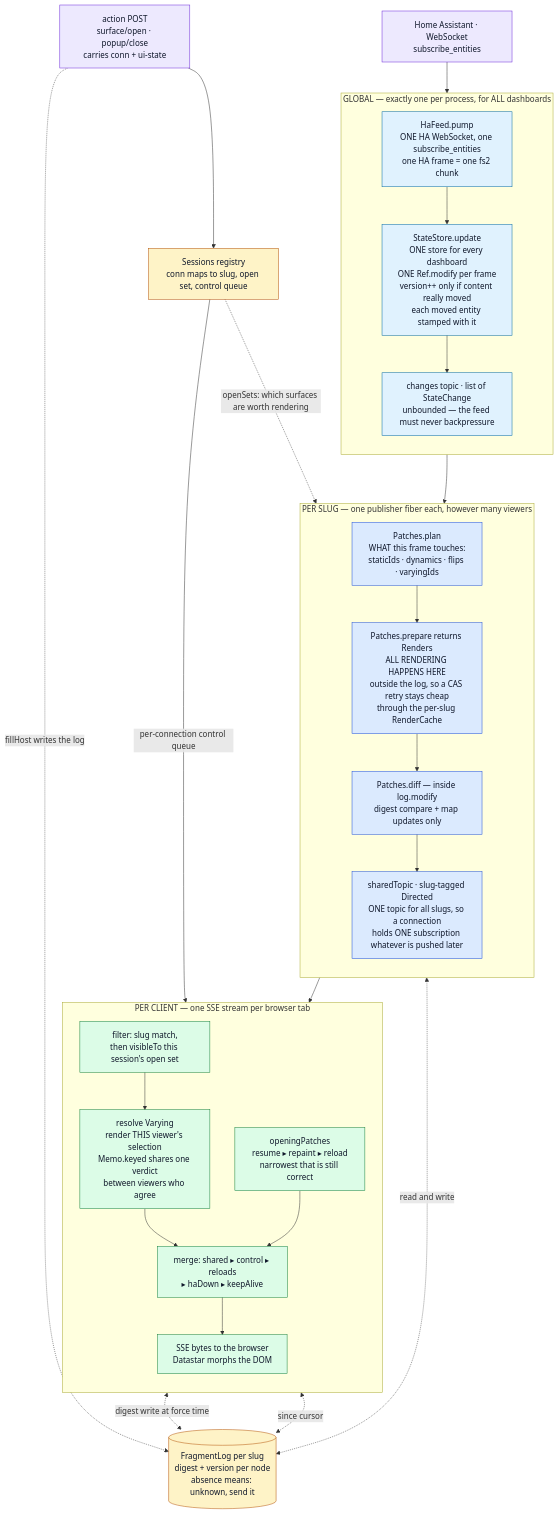
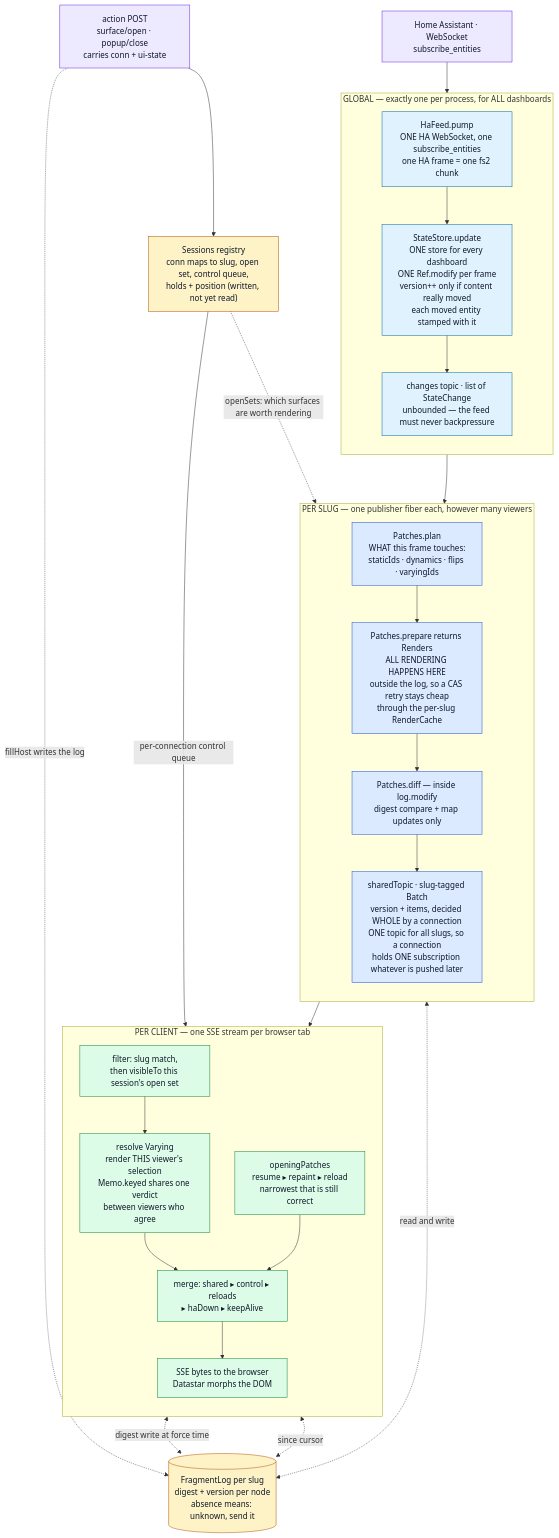
One commit to perok/functional-home-assistant changed the first of 3 diagrams in docs/architecture-rendering-pipeline.md. Above: the diagram before and after it, drawn with Mermaid. The commit also changed other lines of this file and 5 other files, not shown here.

````diff
--- a/docs/architecture-rendering-pipeline.md
+++ b/docs/architecture-rendering-pipeline.md
@@ -30,54 +30,54 @@
 ```mermaid
 flowchart TB
   HA["Home Assistant · WebSocket<br/>subscribe_entities"]
 
   subgraph GLOBAL["GLOBAL — exactly one per process, for ALL dashboards"]
     direction TB
     PUMP["HaFeed.pump<br/>ONE HA WebSocket, one subscribe_entities<br/>one HA frame = one fs2 chunk"]
     STORE["StateStore.update<br/>ONE store for every dashboard<br/>ONE Ref.modify per frame<br/>version++ only if content really moved<br/>each moved entity stamped with it"]
     CH["changes topic · list of StateChange<br/>unbounded — the feed must never backpressure"]
   end
 
   subgraph SHARED["PER SLUG — one publisher fiber each, however many viewers"]
     direction TB
     PLAN["Patches.plan<br/>WHAT this frame touches:<br/>staticIds · dynamics · flips · varyingIds"]
     PREP["Patches.prepare returns Renders<br/>ALL RENDERING HAPPENS HERE<br/>outside the log, so a CAS retry stays cheap<br/>through the per-slug RenderCache"]
     DIFF["Patches.diff — inside log.modify<br/>digest compare + map updates only"]
-    TOPIC["sharedTopic · slug-tagged Directed<br/>ONE topic for all slugs, so a connection<br/>holds ONE subscription whatever is pushed later"]
+    TOPIC["sharedTopic · slug-tagged Batch<br/>version + items, decided WHOLE by a connection<br/>ONE topic for all slugs, so a connection<br/>holds ONE subscription whatever is pushed later"]
   end
 
   subgraph CLIENT["PER CLIENT — one SSE stream per browser tab"]
     direction TB
     OPEN["openingPatches<br/>resume ▸ repaint ▸ reload<br/>narrowest that is still correct"]
     FILT["filter: slug match,<br/>then visibleTo this session's open set"]
     RESOLVE["resolve Varying<br/>render THIS viewer's selection<br/>Memo.keyed shares one verdict<br/>between viewers who agree"]
     MERGE["merge: shared ▸ control ▸ reloads<br/>▸ haDown ▸ keepAlive"]
     SSE["SSE bytes to the browser<br/>Datastar morphs the DOM"]
   end
 
   ACT["action POST<br/>surface/open · popup/close<br/>carries conn + ui-state"]
-  SESS["Sessions registry<br/>conn maps to slug, open set, control queue"]
+  SESS["Sessions registry<br/>conn maps to slug, open set, control queue,<br/>holds + position (written, not yet read)"]
   LOG[("FragmentLog per slug<br/>digest + version per node<br/>absence means: unknown, send it")]
 
   HA --> PUMP --> STORE --> CH --> PLAN --> PREP --> DIFF --> TOPIC
   TOPIC --> FILT --> RESOLVE --> MERGE --> SSE
   OPEN --> MERGE
   DIFF <-.->|read and write| LOG
   RESOLVE <-.->|digest write at force time| LOG
   OPEN <-.->|since cursor| LOG
   ACT --> SESS
   SESS -->|per-connection control queue| MERGE
   ACT -.->|fillHost writes the log| LOG
   SESS -.->|openSets: which surfaces are worth rendering| PLAN
 
   classDef global fill:#e0f2fe,stroke:#0369a1,color:#0f172a
   classDef shared fill:#dbeafe,stroke:#1d4ed8,color:#0f172a
   classDef client fill:#dcfce7,stroke:#15803d,color:#0f172a
   classDef store fill:#fef3c7,stroke:#b45309,color:#0f172a
   classDef ext fill:#ede9fe,stroke:#6d28d9,color:#0f172a
   class PUMP,STORE,CH global
   class PLAN,PREP,DIFF,TOPIC shared
   class OPEN,FILT,RESOLVE,MERGE,SSE client
   class LOG,SESS store
   class HA,ACT ext
 ```
````
